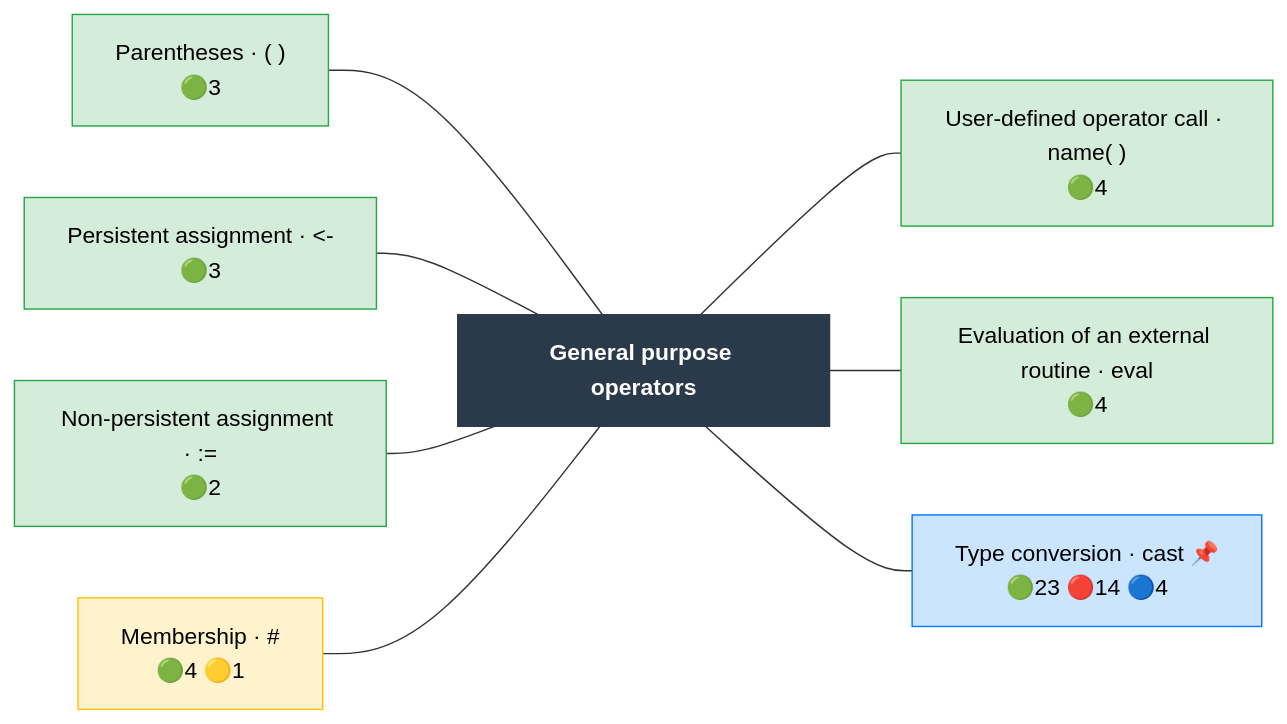
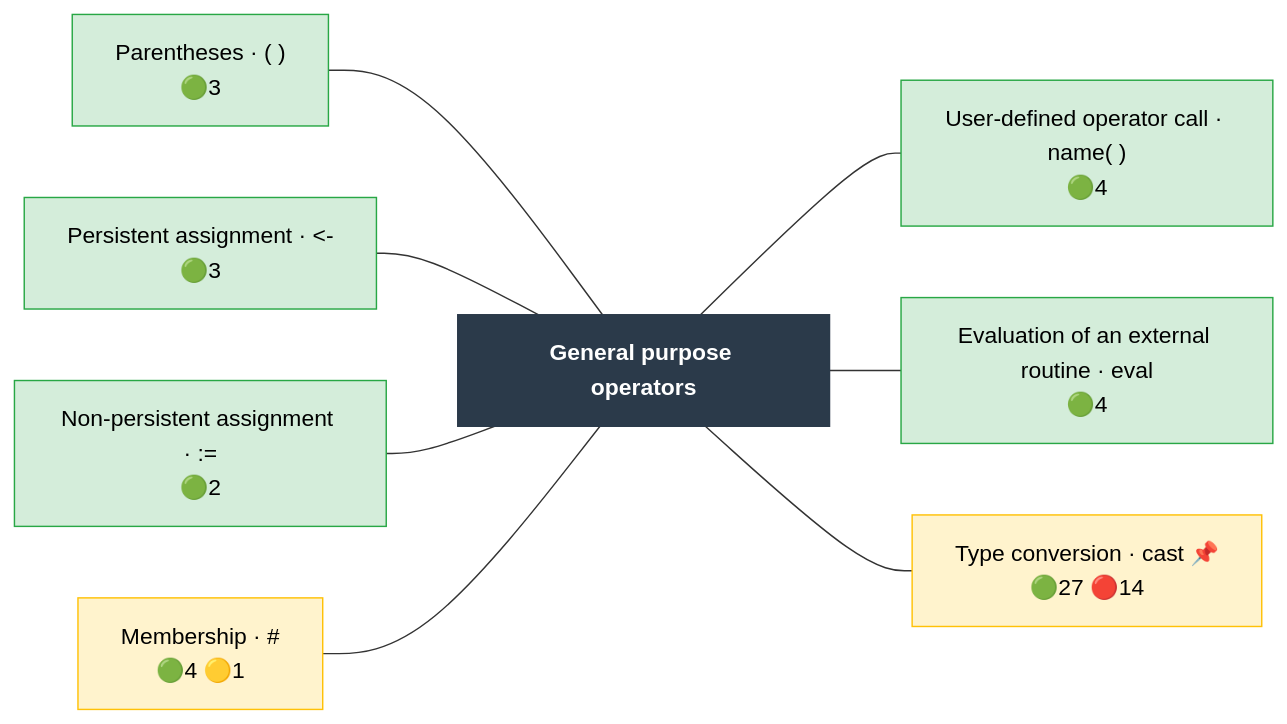
Before and after one commit to Meaningful-Data/vtlengine: the diagram in docs/operator_map/general/index.rst, drawn with Mermaid. The commit also changed other lines of this file and 175 other files, not shown here.

```diff
--- a/docs/operator_map/general/index.rst
+++ b/docs/operator_map/general/index.rst
@@ -24,33 +24,33 @@
 .. mermaid::
    :config: {"flowchart": {"useMaxWidth": false}}
 
    flowchart LR
        classDef ok fill:#d4edda,stroke:#28a745,color:#000
        classDef partial fill:#fff3cd,stroke:#ffc107,color:#000
        classDef refused fill:#d4edda,stroke:#28a745,stroke-width:3px,stroke-dasharray: 2 2,color:#000
        classDef missing fill:#f8d7da,stroke:#dc3545,color:#000
        classDef diverge fill:#cce5ff,stroke:#007bff,color:#000
        classDef block fill:#2b3a4a,stroke:#2b3a4a,color:#fff,font-weight:bold
        classDef ext fill:#fff,stroke:#666,color:#000,stroke-dasharray: 5 5
        B["General purpose operators"]:::block
        general__parentheses["Parentheses · ( )<br/>🟢3"]:::ok
        general__persistent_assignment["Persistent assignment · #60;-<br/>🟢3"]:::ok
        general__non_persistent_assignment["Non-persistent assignment · #58;#61;<br/>🟢2"]:::ok
        general__membership["Membership · #35;<br/>🟢4 🟡1"]:::partial
        general__udo_call["User-defined operator call · name( )<br/>🟢4"]:::ok
        general__eval["Evaluation of an external routine · eval<br/>🟢4"]:::ok
-       general__cast["Type conversion · cast 📌<br/>🟢23 🔴14 🔵4"]:::diverge
+       general__cast["Type conversion · cast 📌<br/>🟢27 🔴14"]:::partial
        general__parentheses --- B
        general__persistent_assignment --- B
        general__non_persistent_assignment --- B
        general__membership --- B
        B --- general__udo_call
        B --- general__eval
        B --- general__cast
        click general__parentheses href "parentheses.html"
        click general__persistent_assignment href "persistent_assignment.html"
        click general__non_persistent_assignment href "non_persistent_assignment.html"
        click general__membership href "membership.html"
        click general__udo_call href "udo_call.html"
        click general__eval href "eval.html"
        click general__cast href "cast.html"
```
